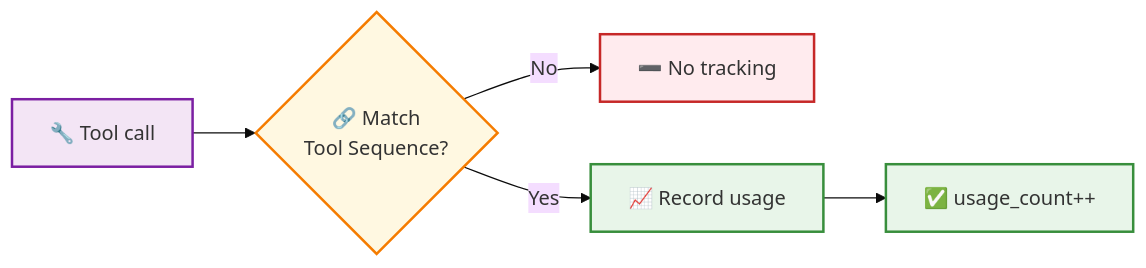
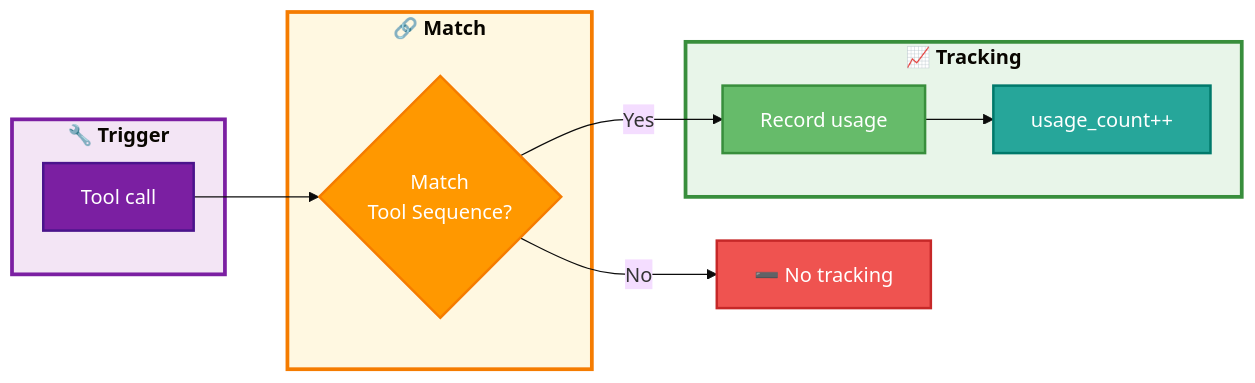
Before and after one commit to beancookie/xiaoclaw: the fourth of 4 diagrams in README.md, drawn with Mermaid (base theme). The commit also changed other lines of this file and 2 other files, not shown here.

First line of the commit message:
docs: optimize mermaid diagrams with subgraphs and styling

````diff
--- a/README.md
+++ b/README.md
@@ -503,13 +526,30 @@
 ```mermaid
 flowchart LR
-    A["🔧 Tool call"] --> B{"🔗 Match<br/>Tool Sequence?"}
-    B -->|No| Z["➖ No tracking"]
-    B -->|Yes| C["📈 Record usage"]
-    C --> D["✅ usage_count++"]
-    
-    style A fill:#f3e5f5,stroke:#7b1fa2,stroke-width:2px
-    style B fill:#fff8e1,stroke:#f57c00,stroke-width:2px
-    style C fill:#e8f5e9,stroke:#388e3c,stroke-width:2px
-    style D fill:#e8f5e9,stroke:#388e3c,stroke-width:2px
-    style Z fill:#ffebee,stroke:#c62828,stroke-width:2px
+    subgraph Trigger["<b>🔧 Trigger</b>"]
+        A["Tool call"]
+    end
+
+    subgraph Match["<b>🔗 Match</b>"]
+        B{"Match<br/>Tool Sequence?"}
+    end
+
+    subgraph Track["<b>📈 Tracking</b>"]
+        C["Record usage"]
+        D["usage_count++"]
+    end
+
+    Z["➖ No tracking"]
+
+    A --> B
+    B -->|No| Z
+    B -->|Yes| C --> D
+
+    style Trigger fill:#f3e5f5,stroke:#7b1fa2,stroke-width:3px,radius:15px
+    style Match fill:#fff8e1,stroke:#f57c00,stroke-width:3px,radius:15px
+    style Track fill:#e8f5e9,stroke:#388e3c,stroke-width:3px,radius:15px
+    style A fill:#7b1fa2,stroke:#4a148c,stroke-width:2px,color:#fff
+    style B fill:#ff9800,stroke:#f57c00,stroke-width:2px,color:#fff
+    style C fill:#66bb6a,stroke:#388e3c,stroke-width:2px,color:#fff
+    style D fill:#26a69a,stroke:#00796b,stroke-width:2px,color:#fff
+    style Z fill:#ef5350,stroke:#c62828,stroke-width:2px,color:#fff
 ```
````
